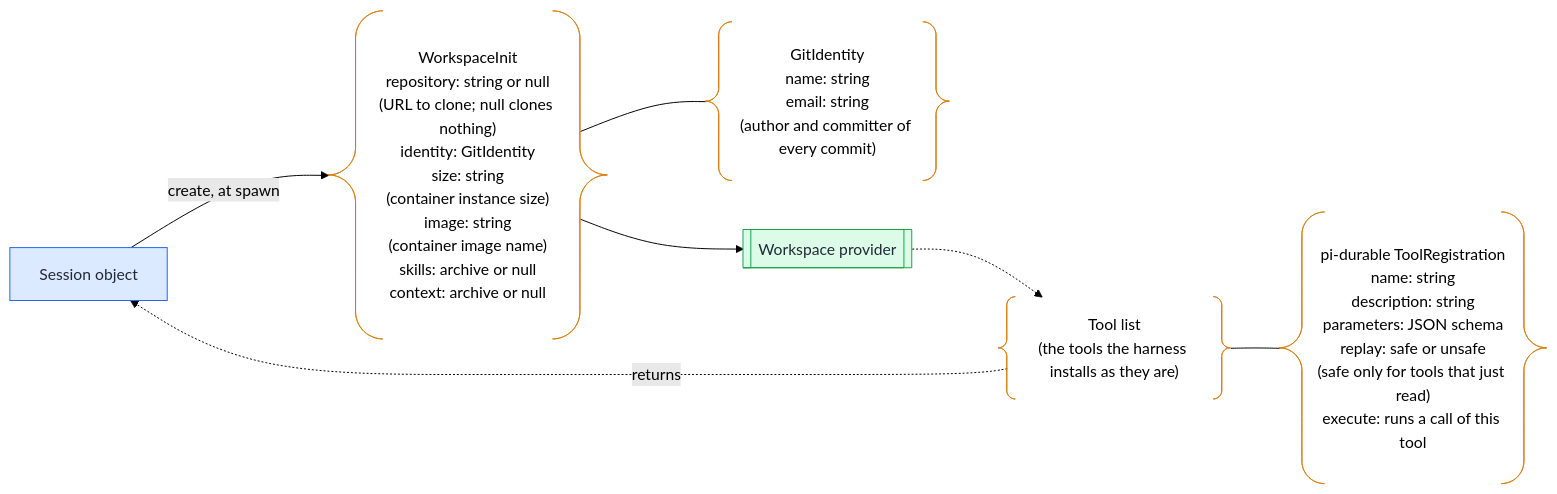
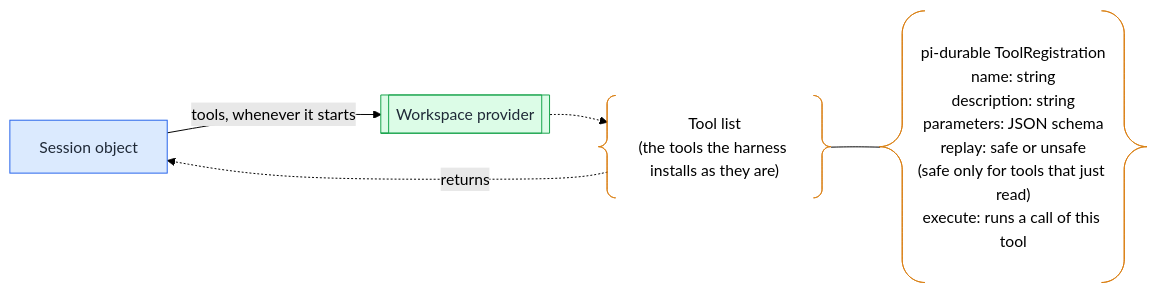
One commit to asermax/tentacles changed the first of 9 diagrams in docs/technical-design/workspace.md. Above: the diagram before and after it, drawn with Mermaid (forest theme). The commit also changed other lines of this file and 9 other files, not shown here.

Commit message:
docs: pair a workspace object in its own Worker with each session and set up the workspace at spawn

````diff
--- a/docs/technical-design/workspace.md
+++ b/docs/technical-design/workspace.md
@@ -19,34 +19,20 @@
 ```mermaid
 flowchart LR
-  so@{ shape: rect, label: "Session object" } -->|"create, at spawn"| init@{ shape: braces, label: "WorkspaceInit
-  repository: string or null
-  (URL to clone; null clones nothing)
-  identity: GitIdentity
-  size: string
-  (container instance size)
-  image: string
-  (container image name)
-  skills: archive or null
-  context: archive or null" }
-  init --- gid@{ shape: braces, label: "GitIdentity
-  name: string
-  email: string
-  (author and committer of every commit)" }
-  init --> ws@{ shape: subproc, label: "Workspace provider" }
+  so@{ shape: rect, label: "Session object" } -->|"tools, whenever it starts"| ws@{ shape: subproc, label: "Workspace provider" }
   ws -.-> out@{ shape: braces, label: "Tool list
   (the tools the harness installs as they are)" }
   out --- tool@{ shape: braces, label: "pi-durable ToolRegistration
   name: string
   description: string
   parameters: JSON schema
   replay: safe or unsafe
   (safe only for tools that just read)
   execute: runs a call of this tool" }
   out -.->|"returns"| so
   classDef worker fill:#dbeafe,stroke:#2563eb,color:#1f2937
   classDef flow fill:#dcfce7,stroke:#16a34a,color:#1f2937
   classDef payload stroke:#d97706
   class so worker
   class ws flow
-  class init,gid,out,tool payload
+  class out,tool payload
 ```
````
